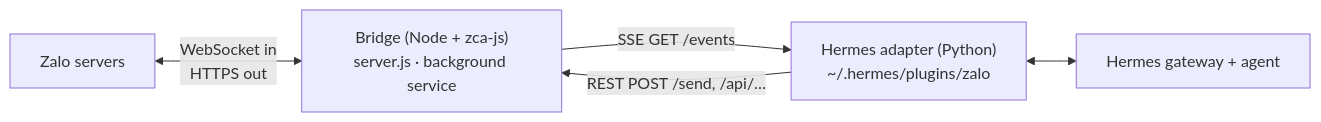
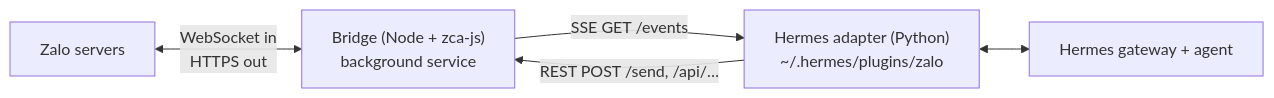
One commit to pdt590/chatbot-personal-zalo-hermes changed the diagram in README.md. Above: the diagram before and after it, drawn with Mermaid. The commit also changed other lines of this file and 27 other files, not shown here.

````diff
--- a/README.md
+++ b/README.md
@@ -66,7 +67,7 @@
 ```mermaid
 flowchart LR
-  Z[Zalo servers] <-- "WebSocket in<br/>HTTPS out" --> B["Bridge (Node + zca-js)<br/>server.js · background service"]
+  Z[Zalo servers] <-- "WebSocket in<br/>HTTPS out" --> B["Bridge (Node + zca-js)<br/>background service"]
   B -- "SSE  GET /events" --> A["Hermes adapter (Python)<br/>~/.hermes/plugins/zalo"]
   A -- "REST  POST /send, /api/…" --> B
   A <--> H[Hermes gateway + agent]
 ```
````
